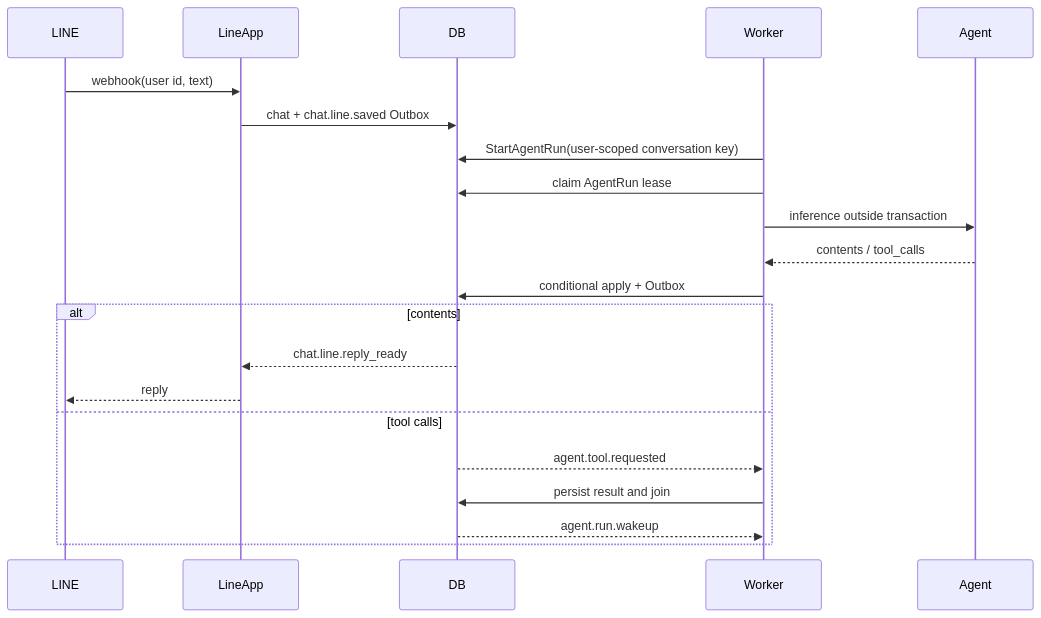
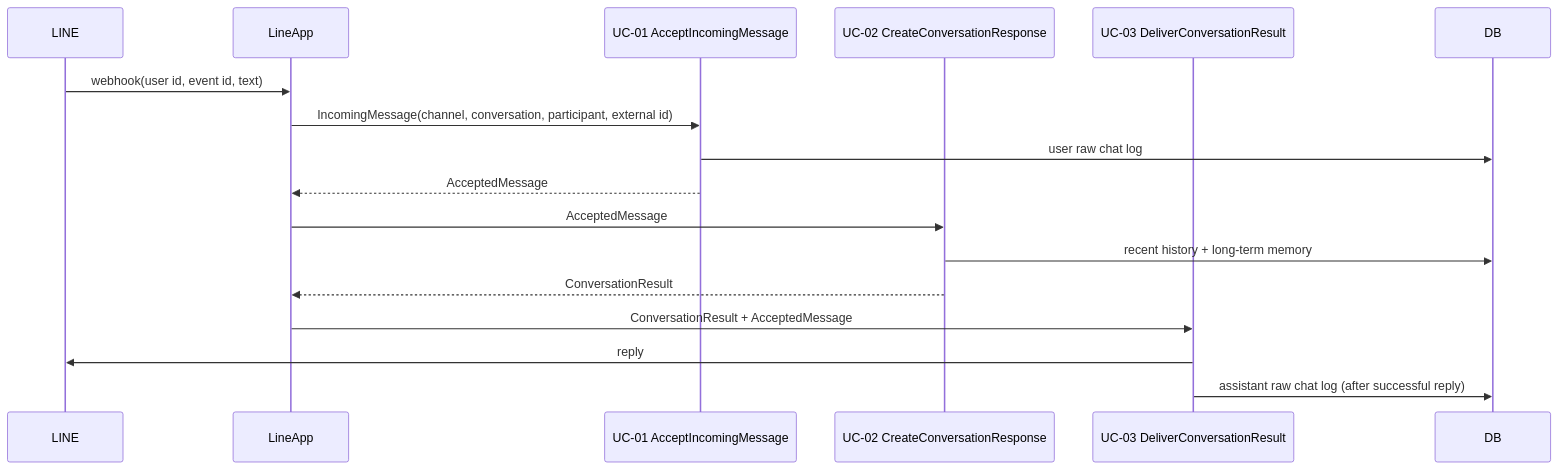
The diagram in docs/infrastructure/line-message-flow.md (aiagate/agentic-chat-foundation), drawn with Mermaid before and after one commit. The commit also changed other lines of this file and 242 other files, not shown here.

````diff
--- a/docs/infrastructure/line-message-flow.md
+++ b/docs/infrastructure/line-message-flow.md
@@ -3,24 +6,20 @@
 ```mermaid
 sequenceDiagram
     participant LINE
     participant LineApp
+    participant UC01 as UC-01 AcceptIncomingMessage
+    participant UC02 as UC-02 CreateConversationResponse
+    participant UC03 as UC-03 DeliverConversationResult
     participant DB
-    participant Worker
-    participant Agent
 
-    LINE->>LineApp: webhook(user id, text)
-    LineApp->>DB: chat + chat.line.saved Outbox
-    Worker->>DB: StartAgentRun(user-scoped conversation key)
-    Worker->>DB: claim AgentRun lease
-    Worker->>Agent: inference outside transaction
-    Agent-->>Worker: contents / tool_calls
-    Worker->>DB: conditional apply + Outbox
-    alt contents
-        DB-->>LineApp: chat.line.reply_ready
-        LineApp-->>LINE: reply
-    else tool calls
-        DB-->>Worker: agent.tool.requested
-        Worker->>DB: persist result and join
-        DB-->>Worker: agent.run.wakeup
-    end
+    LINE->>LineApp: webhook(user id, event id, text)
+    LineApp->>UC01: IncomingMessage(channel, conversation, participant, external id)
+    UC01->>DB: user raw chat log
+    UC01-->>LineApp: AcceptedMessage
+    LineApp->>UC02: AcceptedMessage
+    UC02->>DB: recent history + long-term memory
+    UC02-->>LineApp: ConversationResult
+    LineApp->>UC03: ConversationResult + AcceptedMessage
+    UC03->>LINE: reply
+    UC03->>DB: assistant raw chat log (after successful reply)
 ```
````
